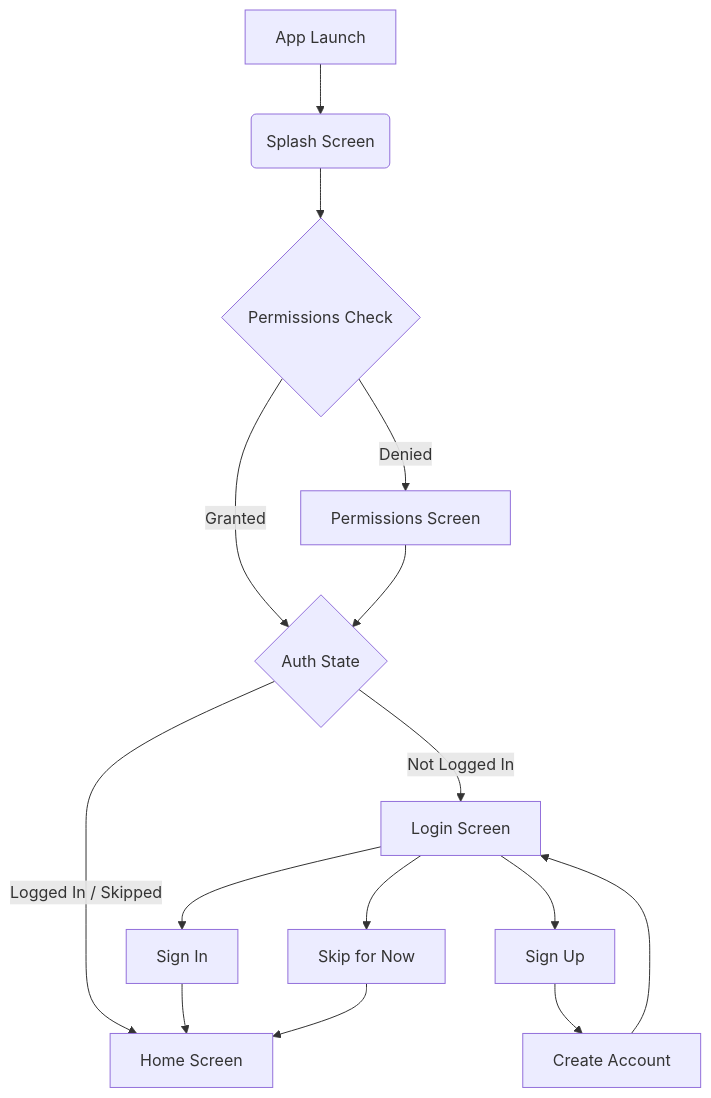
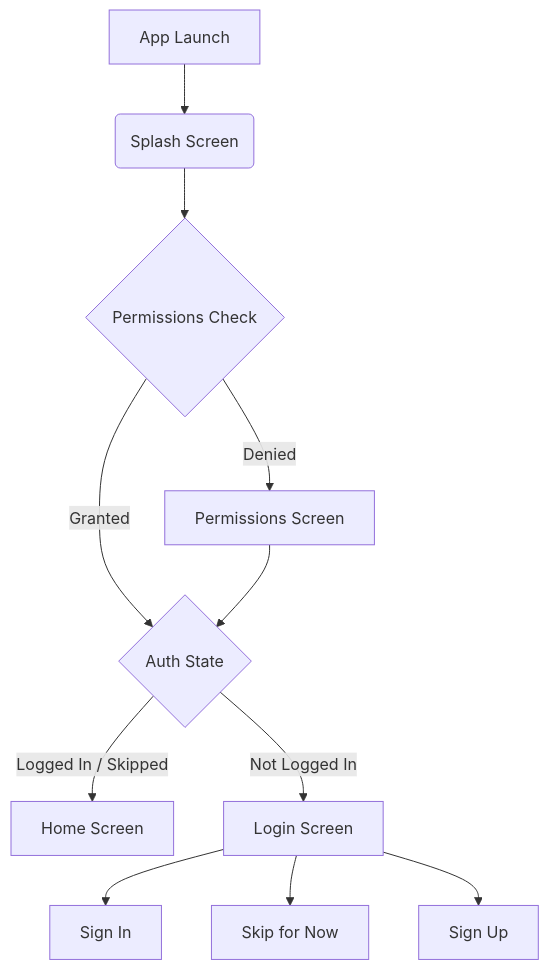
Before and after one commit to sohaibAkhlaq/RoshniApp: the second of 2 diagrams in README.md, drawn with Mermaid. The commit also changed other lines of this file, not shown here.

````diff
--- a/README.md
+++ b/README.md
@@ -118,20 +69,15 @@
 ```mermaid
 graph TD
     A[App Launch] --> B(Splash Screen)
     B --> C{Permissions Check}
     C -->|Granted| D{Auth State}
     C -->|Denied| E[Permissions Screen]
     E --> D
     
     D -->|Logged In / Skipped| F[Home Screen]
     D -->|Not Logged In| G[Login Screen]
     
     G --> H[Sign In]
     G --> I[Skip for Now]
     G --> J[Sign Up]
-    
-    H --> F
-    I --> F
-    J --> K[Create Account]
-    K --> G
 ```
````
